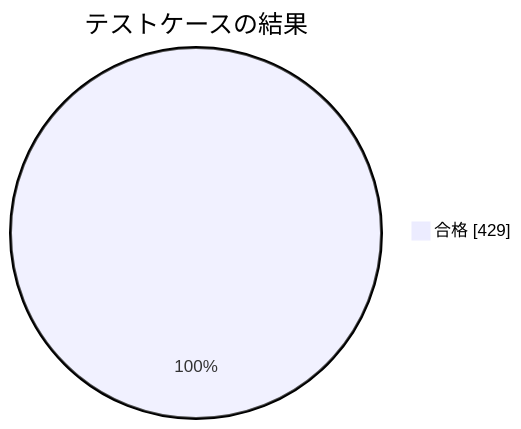
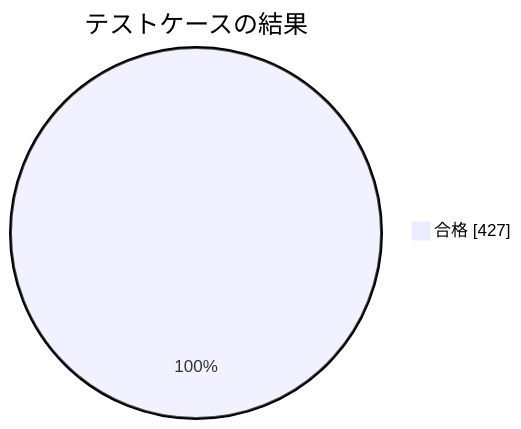
Before and after one commit to pocarialice/rpglearning: the second of 3 diagrams in documents/モジュールテスト結果報告書_RPG学習アプリ.md, drawn with Mermaid. The commit also changed other lines of this file and 1 other file, not shown here.

````diff
--- a/documents/モジュールテスト結果報告書_RPG学習アプリ.md
+++ b/documents/モジュールテスト結果報告書_RPG学習アプリ.md
@@ -60,4 +60,4 @@
 ```mermaid
 pie showData title テストケースの結果
-  "合格" : 429
+  "合格" : 427
 ```
````
